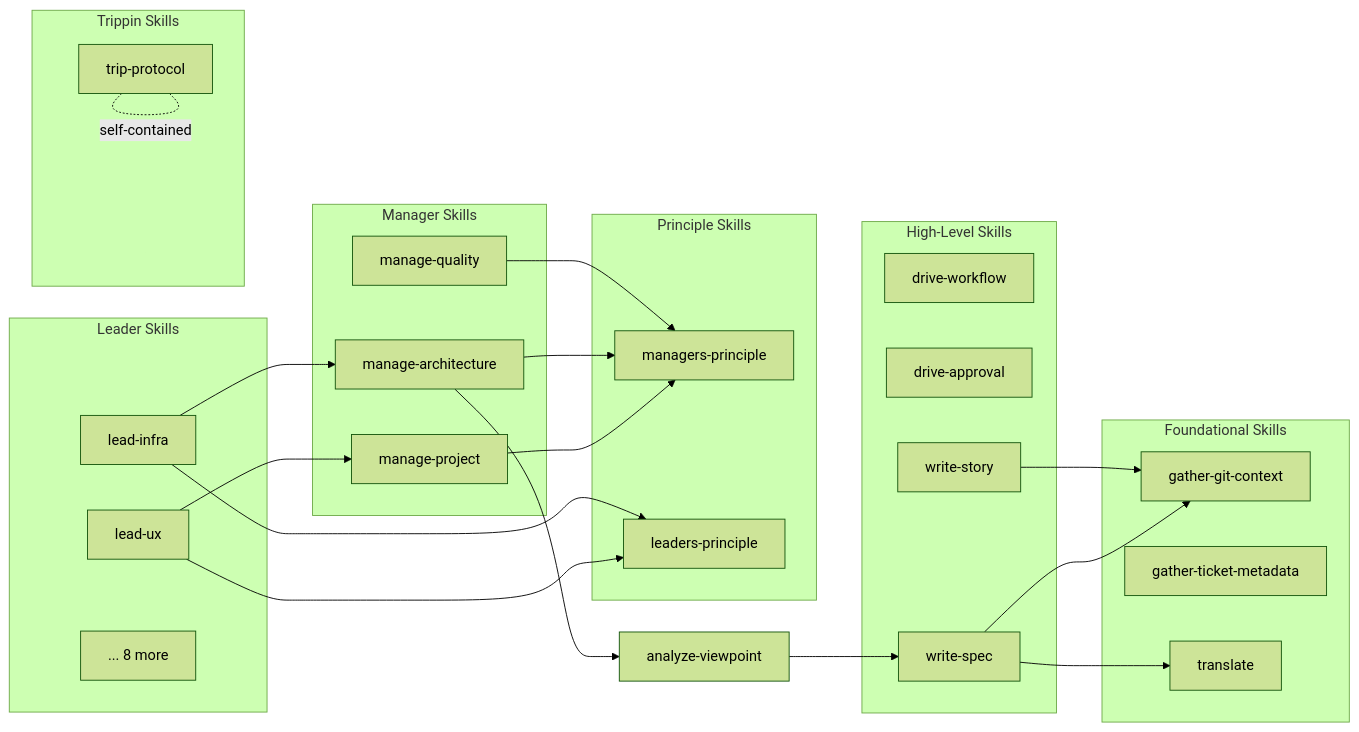
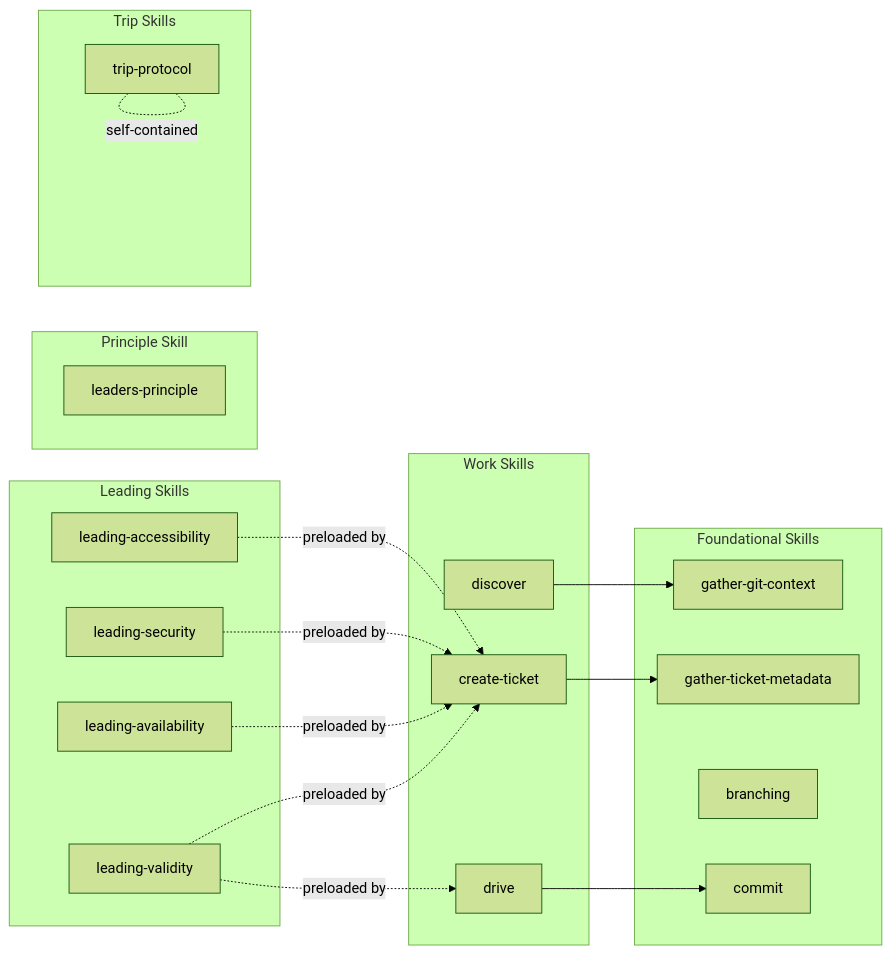
One commit to qmu/workaholic changed the third of 3 diagrams in .workaholic/specs/component.md. Above: the diagram before and after it, drawn with Mermaid (forest theme). The commit also changed other lines of this file and 12 other files, not shown here.

````diff
--- a/.workaholic/specs/component.md
+++ b/.workaholic/specs/component.md
@@ -371,53 +315,42 @@
 ```mermaid
 flowchart LR
-    subgraph "Manager Skills"
-        MP[manage-project]
-        MA[manage-architecture]
-        MQ[manage-quality]
+    subgraph "Leading Skills"
+        LV[leading-validity]
+        LAv[leading-availability]
+        LSec[leading-security]
+        LAc[leading-accessibility]
     end
 
-    subgraph "Principle Skills"
-        MgrP[managers-principle]
+    subgraph "Principle Skill"
         LeadP[leaders-principle]
     end
 
-    subgraph "Leader Skills"
-        LUX[lead-ux]
-        LInfra[lead-infra]
-        LOther[... 8 more]
-    end
-
-    subgraph "Trippin Skills"
+    subgraph "Trip Skills"
         TP[trip-protocol]
     end
 
-    subgraph "High-Level Skills"
-        DW[drive-workflow]
-        DA[drive-approval]
-        WS[write-spec]
-        WStory[write-story]
+    subgraph "Work Skills"
+        D[drive]
+        CT[create-ticket]
+        Disc[discover]
     end
 
     subgraph "Foundational Skills"
         GGC[gather-git-context]
         GTM[gather-ticket-metadata]
-        T[translate]
+        Br[branching]
+        Co[commit]
     end
 
-    MP --> MgrP
-    MA --> MgrP
-    MQ --> MgrP
+    D --> Co
+    CT --> GTM
+    Disc --> GGC
 
-    LUX --> LeadP
-    LUX --> MP
-    LInfra --> LeadP
-    LInfra --> MA
-
-    WS --> GGC
-    WS --> T
-    WStory --> GGC
-    MA --> analyze-viewpoint
-    analyze-viewpoint --> WS
+    LV -.preloaded by.-> CT
+    LV -.preloaded by.-> D
+    LAv -.preloaded by.-> CT
+    LSec -.preloaded by.-> CT
+    LAc -.preloaded by.-> CT
 
     TP -.- |self-contained| TP
 ```
````
